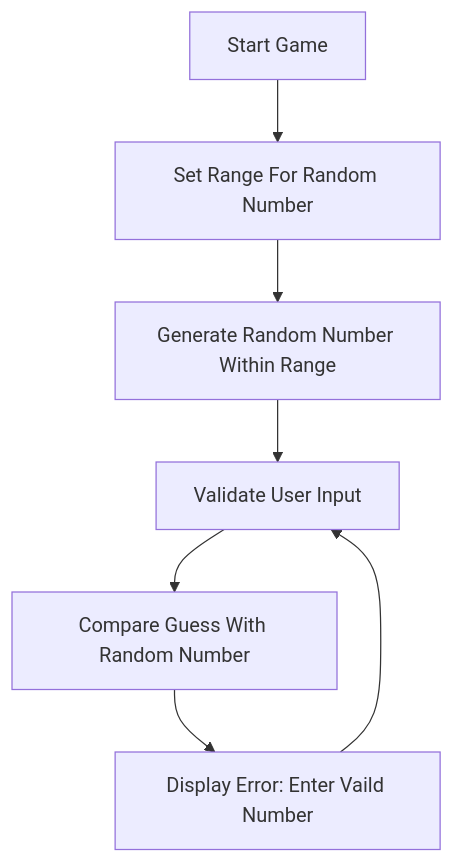
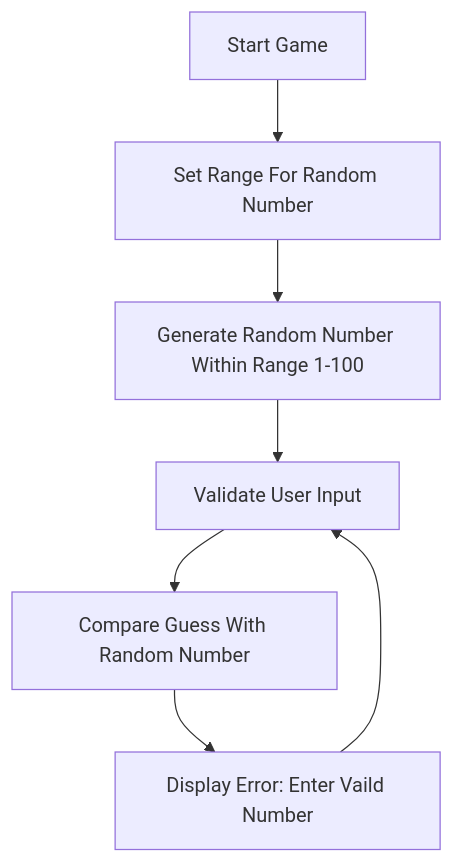
Before and after one commit to tanvirvirdi/tanvirvirdi.github.io: the diagram in Guessing.md, drawn with Mermaid.

````diff
--- a/Guessing.md
+++ b/Guessing.md
@@ -1,10 +1,10 @@
 ```mermaid
 flowchart TD;
     A[Start Game] --> B[Set Range For Random Number];
-    B --> C[Generate Random Number Within Range];
+    B --> C[Generate Random Number Within Range 1-100];
     C --> D[Validate User Input];
     D --> E[Compare Guess With Random Number];
     E --> F[Display Error: Enter Vaild Number];
     F --> D;
     
 ```
````
